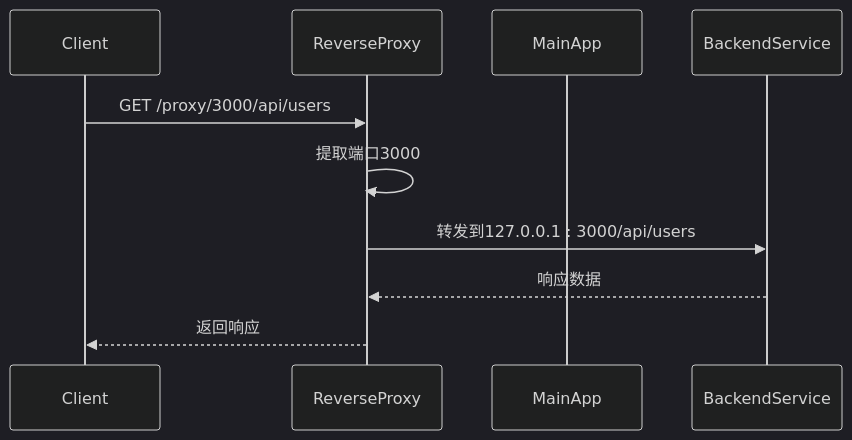
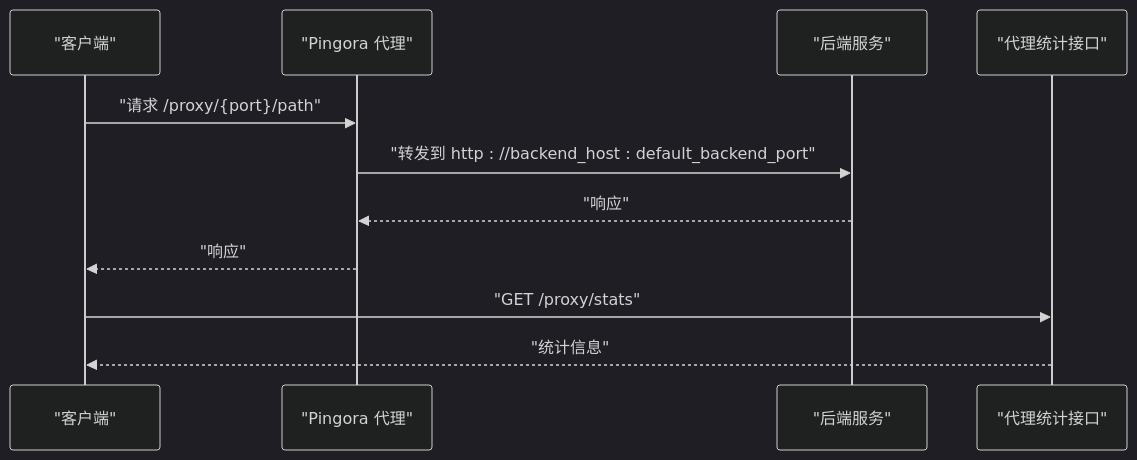
Before and after one commit to nuwax-ai/rcoder: the fifth of 9 diagrams in .qoder/repowiki/zh/content/部署指南/生产环境配置.md, drawn with Mermaid (dark theme). The commit also changed other lines of this file and 185 other files, not shown here.

````diff
--- a/.qoder/repowiki/zh/content/部署指南/生产环境配置.md
+++ b/.qoder/repowiki/zh/content/部署指南/生产环境配置.md
@@ -174,12 +211,13 @@
 ```mermaid
 sequenceDiagram
-participant Client
-participant ReverseProxy
-participant MainApp
-participant BackendService
-Client->>ReverseProxy : GET /proxy/3000/api/users
-ReverseProxy->>ReverseProxy : 提取端口3000
-ReverseProxy->>BackendService : 转发到127.0.0.1 : 3000/api/users
-BackendService-->>ReverseProxy : 响应数据
-ReverseProxy-->>Client : 返回响应
+participant Client as "客户端"
+participant Pxy as "Pingora 代理"
+participant Svc as "后端服务"
+participant Stats as "代理统计接口"
+Client->>Pxy : "请求 /proxy/{port}/path"
+Pxy->>Svc : "转发到 http : //backend_host : default_backend_port"
+Svc-->>Pxy : "响应"
+Pxy-->>Client : "响应"
+Client->>Stats : "GET /proxy/stats"
+Stats-->>Client : "统计信息"
 ```
````
